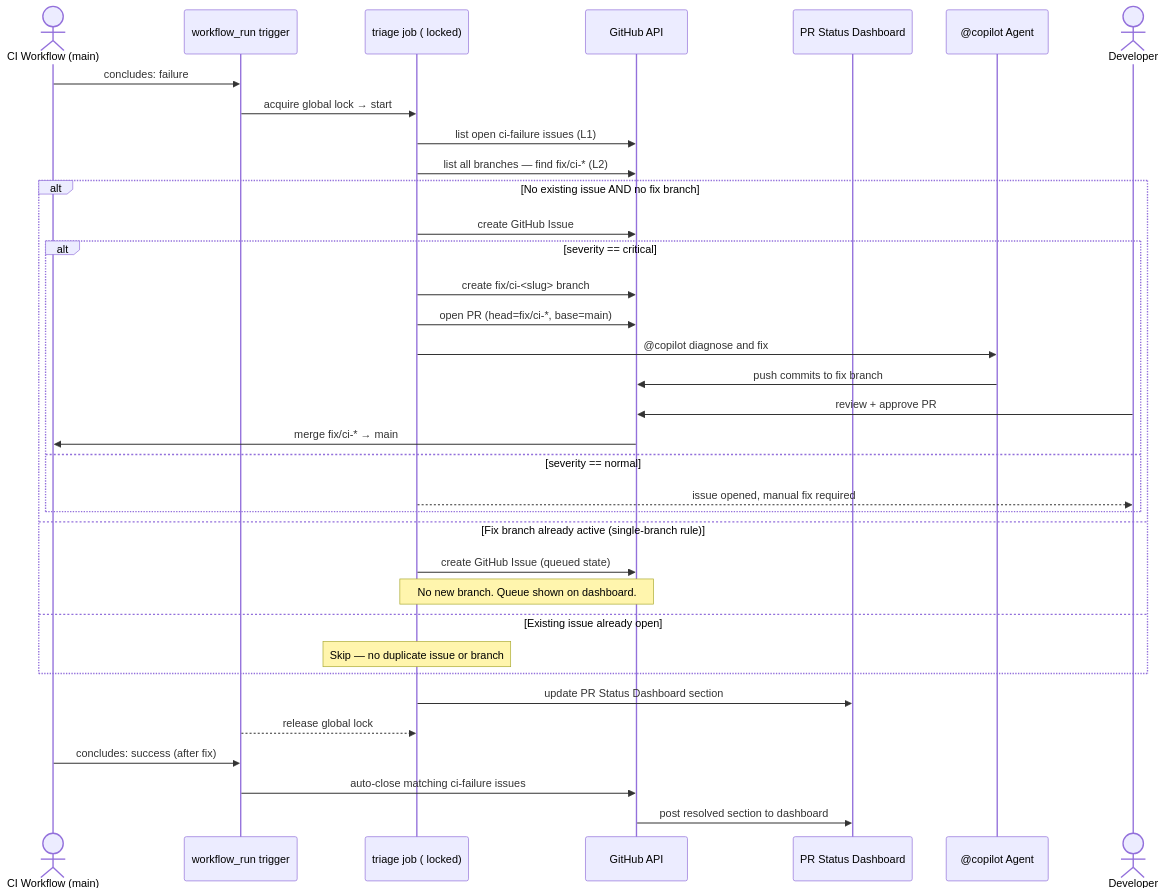
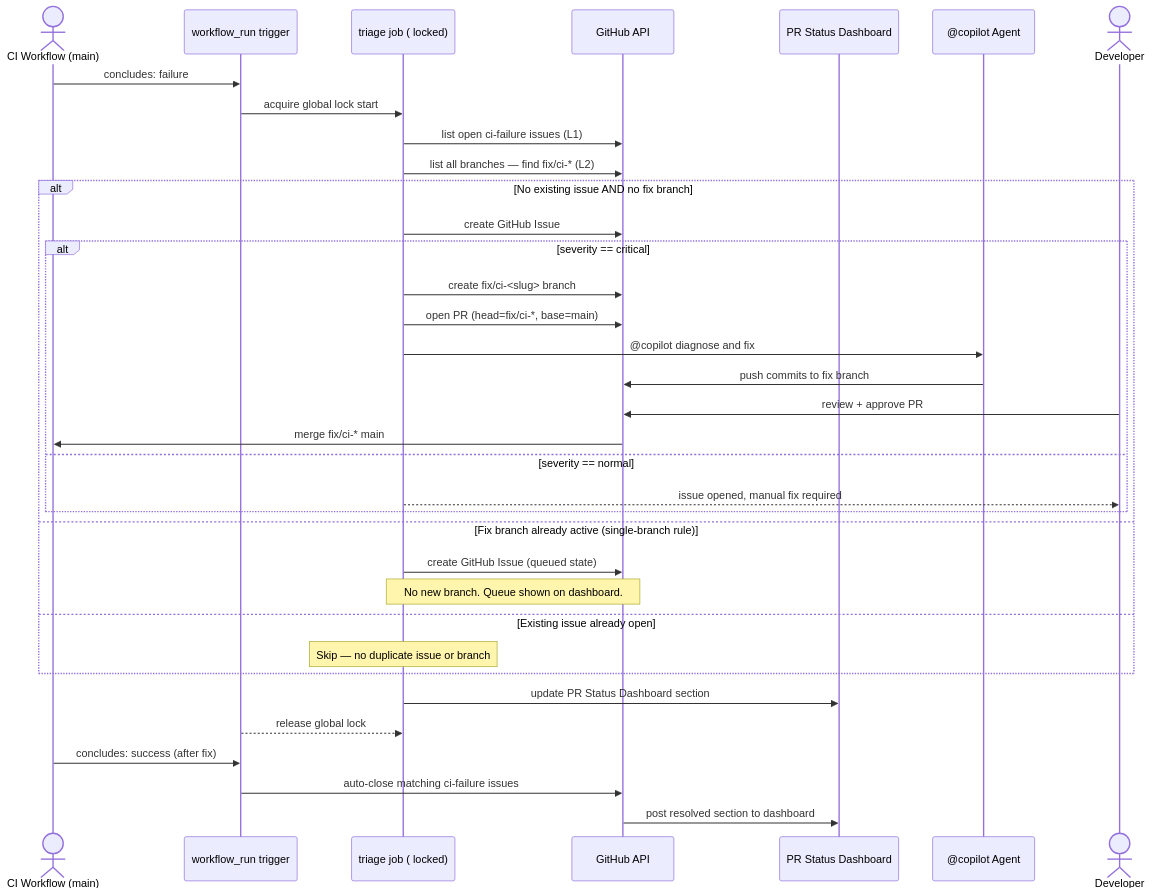
Before and after one commit to Aries-Serpent/_codex_: the fourth of 6 diagrams in docs/ci/CI_FAILURE_AUTO_RESPONSE.md, drawn with Mermaid. The commit also changed other lines of this file and 4117 other files, not shown here.

````diff
--- a/docs/ci/CI_FAILURE_AUTO_RESPONSE.md
+++ b/docs/ci/CI_FAILURE_AUTO_RESPONSE.md
@@ -135,43 +164,46 @@
 ```mermaid
 %%{init: {'accessibility': {'title': 'Sequence Diagram: >> DEV : issue opened, manual '}}%%
+
 sequenceDiagram
-    actor CI   as CI Workflow (main)
-    participant WR as workflow_run trigger
-    participant T  as triage job ( locked)
-    participant GH as GitHub API
-    participant DB as PR Status Dashboard
-    participant CP as @copilot Agent
-    actor DEV  as Developer
+ actor CI as CI Workflow (main)
+ participant WR as workflow_run trigger
+ participant T as triage job ( locked)
+ participant GH as GitHub API
+ participant DB as PR Status Dashboard
+ participant CP as @copilot Agent
+ actor DEV as Developer
 
-    CI  ->> WR : concludes: failure
-    WR  ->> T  : acquire global lock → start
+ CI ->> WR : concludes: failure
+ WR ->> T : acquire global lock start
 
-    T   ->> GH : list open ci-failure issues (L1)
-    T   ->> GH : list all branches — find fix/ci-* (L2)
+ T ->> GH : list open ci-failure issues (L1)
+ T ->> GH : list all branches — find fix/ci-* (L2)
 
-    alt No existing issue AND no fix branch
-        T  ->> GH : create GitHub Issue
-        alt severity == critical
-            T  ->> GH : create fix/ci-<slug> branch
-            T  ->> GH : open PR (head=fix/ci-*, base=main)
-            T  ->> CP : @copilot diagnose and fix
-            CP ->> GH : push commits to fix branch
-            DEV ->> GH : review + approve PR
-            GH ->> CI : merge fix/ci-* → main
-        else severity == normal
-            T  -->> DEV : issue opened, manual fix required
-        end
-    else Fix branch already active  (single-branch rule)
-        T  ->> GH : create GitHub Issue (queued state)
-        Note over T,GH : No new branch. Queue shown on dashboard.
-    else Existing issue already open
-        Note over T : Skip — no duplicate issue or branch
-    end
+ alt No existing issue AND no fix branch
+ T ->> GH : create GitHub Issue
+ alt severity == critical
+ T ->> GH : create fix/ci-<slug> branch
+ T ->> GH : open PR (head=fix/ci-*, base=main)
+ T ->> CP : @copilot diagnose and fix
+ CP ->> GH : push commits to fix branch
+ DEV ->> GH : review + approve PR
+ GH ->> CI : merge fix/ci-* main
+ else severity == normal
 
-    T   ->> DB : update PR Status Dashboard section
-    WR  -->> T : release global lock
+ T -->> DEV : issue opened, manual fix required
+ end
+ else Fix branch already active (single-branch rule)
+ T ->> GH : create GitHub Issue (queued state)
+ Note over T,GH : No new branch. Queue shown on dashboard.
+ else Existing issue already open
+ Note over T : Skip — no duplicate issue or branch
+ end
 
-    CI  ->> WR : concludes: success (after fix)
-    WR  ->> GH : auto-close matching ci-failure issues
-    GH  ->> DB : post  resolved section to dashboard
+ T ->> DB : update PR Status Dashboard section
+
+ WR -->> T : release global lock
+
+ CI ->> WR : concludes: success (after fix)
+ WR ->> GH : auto-close matching ci-failure issues
+ GH ->> DB : post resolved section to dashboard
 ```
````
